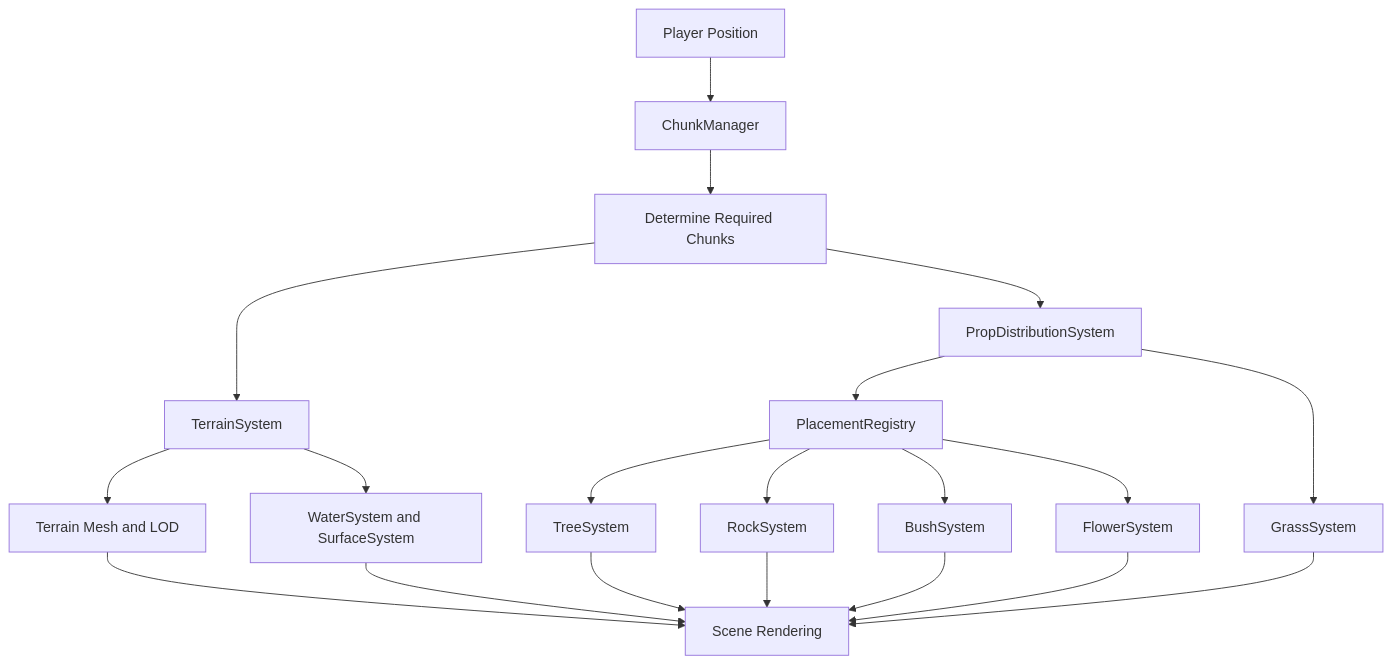
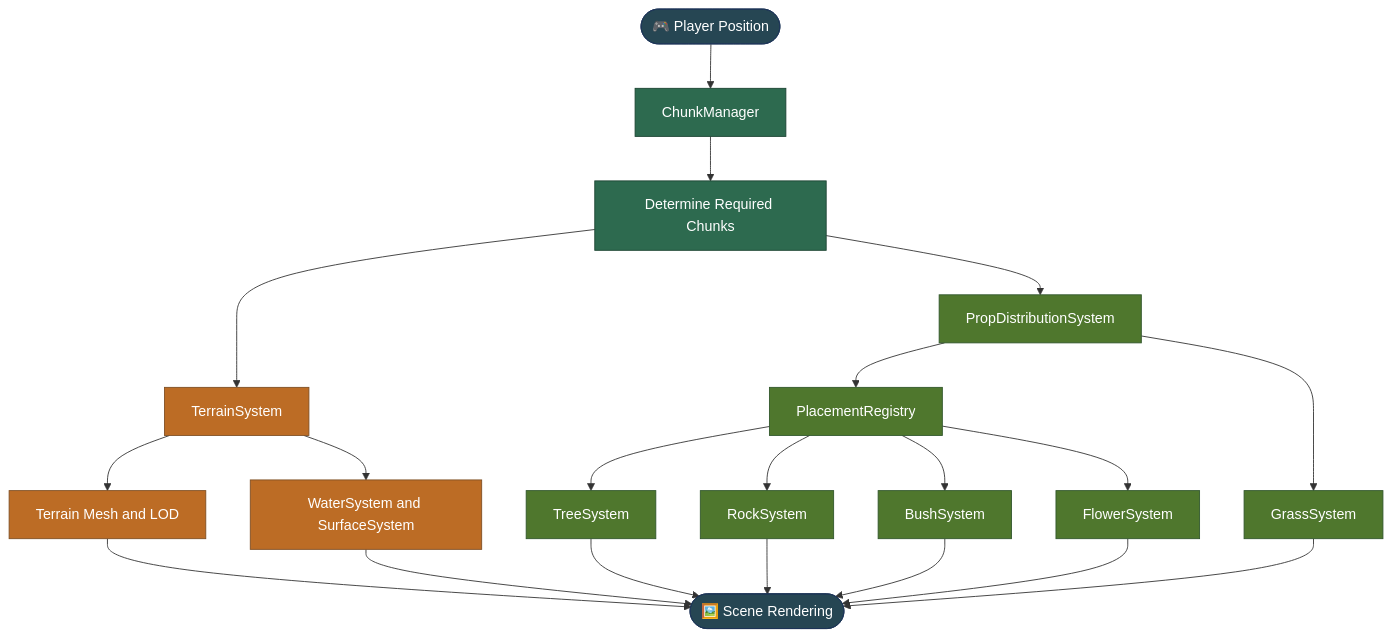
One commit to AdarshveerSingh/Project-Whimsical changed the first of 2 diagrams in README.md. Above: the diagram before and after it, drawn with Mermaid. The commit also changed other lines of this file, not shown here.

````diff
--- a/README.md
+++ b/README.md
@@ -545,22 +789,31 @@
 ```mermaid
 flowchart TD
-    A[Player Position] --> B[ChunkManager]
-    B --> C[Determine Required Chunks]
-    C --> D[TerrainSystem]
-    C --> E[PropDistributionSystem]
-    D --> F[Terrain Mesh and LOD]
-    E --> G[PlacementRegistry]
-    G --> H[TreeSystem]
-    G --> I[RockSystem]
-    G --> J[BushSystem]
-    G --> K[FlowerSystem]
-    E --> L[GrassSystem]
-    D --> M[WaterSystem and SurfaceSystem]
-    F --> N[Scene Rendering]
+    A(["🎮 Player Position"]) --> B["ChunkManager"]
+    B --> C["Determine Required Chunks"]
+    C --> D["TerrainSystem"]
+    C --> E["PropDistributionSystem"]
+    D --> F["Terrain Mesh and LOD"]
+    D --> M["WaterSystem and SurfaceSystem"]
+    E --> G["PlacementRegistry"]
+    E --> L["GrassSystem"]
+    G --> H["TreeSystem"]
+    G --> I["RockSystem"]
+    G --> J["BushSystem"]
+    G --> K["FlowerSystem"]
+    F --> N(["🖼️ Scene Rendering"])
     H --> N
     I --> N
     J --> N
     K --> N
     L --> N
     M --> N
+
+    classDef core fill:#2d6a4f,stroke:#1b4332,color:#fff;
+    classDef terrain fill:#bc6c25,stroke:#7f4f24,color:#fff;
+    classDef props fill:#4f772d,stroke:#31572c,color:#fff;
+    classDef io fill:#264653,stroke:#1d3557,color:#fff;
+    class B,C core
+    class D,F,M terrain
+    class E,G,H,I,J,K,L props
+    class A,N io
 ```
````
